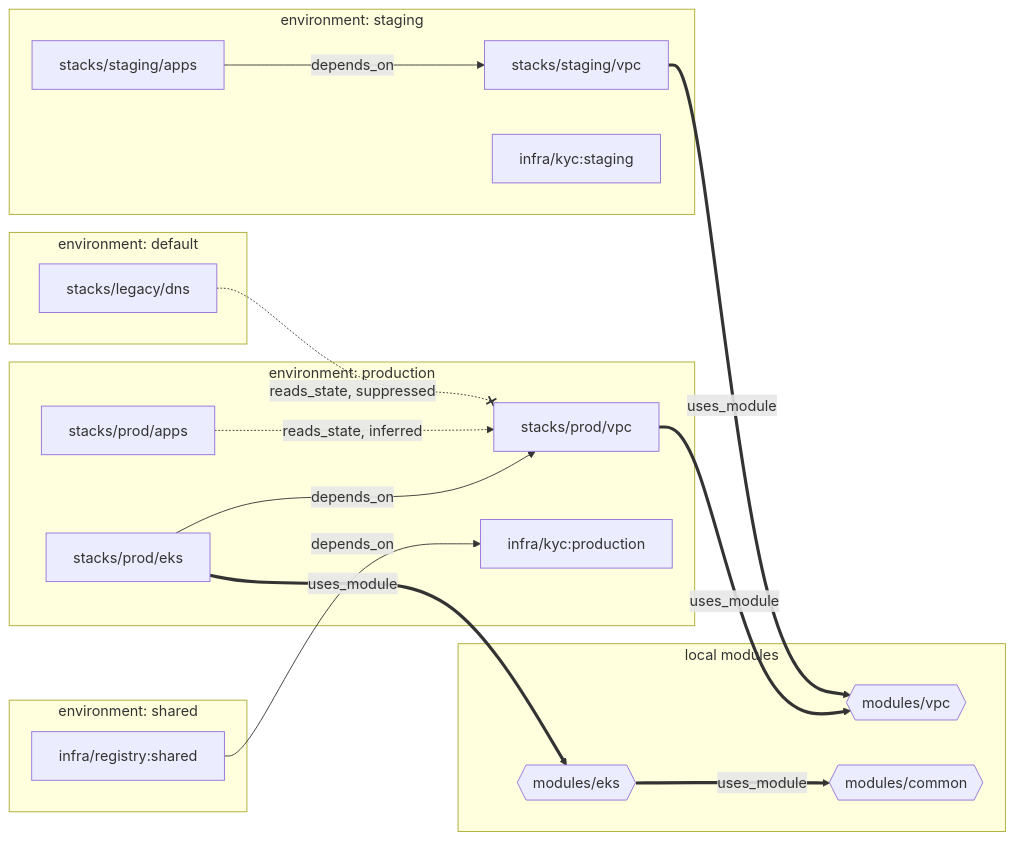
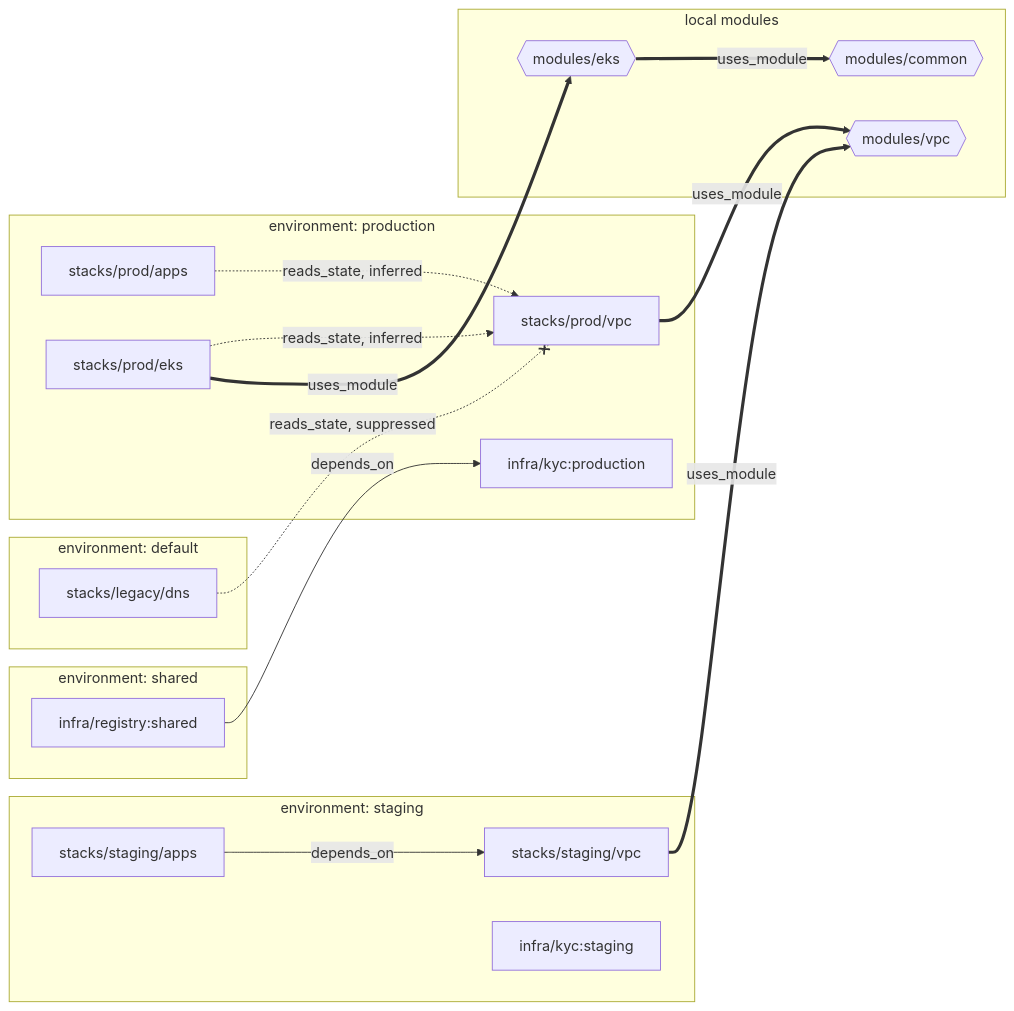
The diagram in test/integration/testdata/example-infra/README.md (stackorder/stackorder), drawn with Mermaid before and after one commit. The commit also changed other lines of this file and 10 other files, not shown here.

First line of the commit message:
test(integration): sync the example's EKS stack reading the VPC outputs

````diff
--- a/test/integration/testdata/example-infra/README.md
+++ b/test/integration/testdata/example-infra/README.md
@@ -74,35 +75,35 @@
 ```mermaid
 flowchart LR
   subgraph production["environment: production"]
     prod_apps["stacks/prod/apps"]
     prod_eks["stacks/prod/eks"]
     prod_vpc["stacks/prod/vpc"]
     kyc_production["infra/kyc:production"]
   end
   subgraph staging["environment: staging"]
     staging_apps["stacks/staging/apps"]
     staging_vpc["stacks/staging/vpc"]
     kyc_staging["infra/kyc:staging"]
   end
   subgraph fallback["environment: default"]
     legacy_dns["stacks/legacy/dns"]
   end
   subgraph shared["environment: shared"]
     registry_shared["infra/registry:shared"]
   end
   subgraph modules["local modules"]
     mod_vpc{{"modules/vpc"}}
     mod_eks{{"modules/eks"}}
     mod_common{{"modules/common"}}
   end
 
-  prod_eks -->|depends_on| prod_vpc
   staging_apps -->|depends_on| staging_vpc
   registry_shared -->|depends_on| kyc_production
   prod_apps -.->|reads_state, inferred| prod_vpc
+  prod_eks -.->|reads_state, inferred| prod_vpc
   legacy_dns -.-x|reads_state, suppressed| prod_vpc
   prod_vpc ==>|uses_module| mod_vpc
   staging_vpc ==>|uses_module| mod_vpc
   prod_eks ==>|uses_module| mod_eks
   mod_eks ==>|uses_module| mod_common
 ```
````
